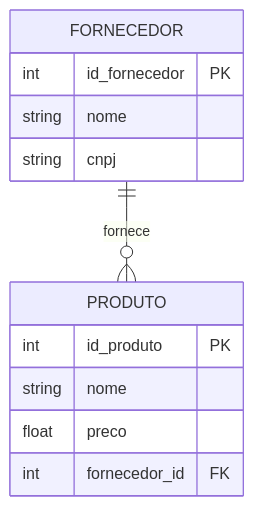
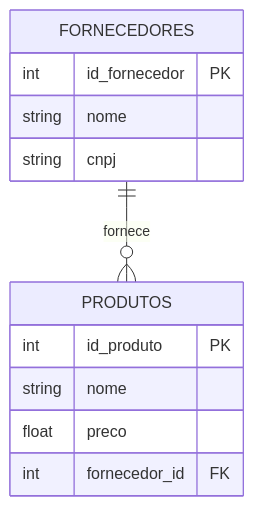
Before and after one commit to GTI-Fatec-Jahu/BDA-GTI-2026-2: diagram 13 of 13 in docs/aulas/Aula_03_Relacionamentos_Cardinalidade.md, drawn with Mermaid. The commit also changed other lines of this file and 5 other files, not shown here.

````diff
--- a/docs/aulas/Aula_03_Relacionamentos_Cardinalidade.md
+++ b/docs/aulas/Aula_03_Relacionamentos_Cardinalidade.md
@@ -1004,15 +1004,15 @@
 ```mermaid
 erDiagram
-    FORNECEDOR {
+    FORNECEDORES {
         int id_fornecedor PK
         string nome
         string cnpj
     }
-    PRODUTO {
+    PRODUTOS {
         int id_produto PK
         string nome
         float preco
         int fornecedor_id FK
     }
-    FORNECEDOR ||--o{ PRODUTO : "fornece"
+    FORNECEDORES ||--o{ PRODUTOS : "fornece"
 ```
````
